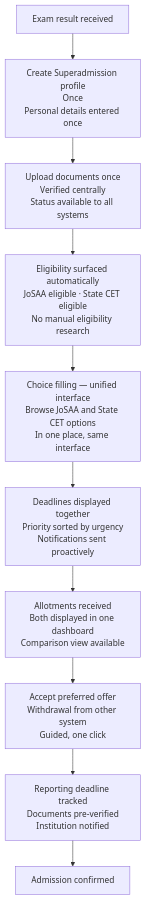
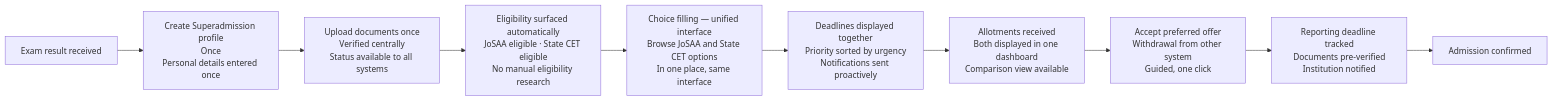
The second of 2 diagrams in blueprint/student-experience.mdx (aashrutsharma2/docs), drawn with Mermaid before and after one commit.

Commit message:
Updated mintlify pages
- Updated blueprint/student-experience.mdx

Mintlify-Source: dashboard-editor

````diff
--- a/blueprint/student-experience.mdx
+++ b/blueprint/student-experience.mdx
@@ -52,20 +52,20 @@
 ```mermaid
-flowchart TD
+flowchart LR
     R[Exam result received] --> A[Create Superadmission profile\nOnce\nPersonal details entered once]
     
     A --> B[Upload documents once\nVerified centrally\nStatus available to all systems]
     
     B --> C[Eligibility surfaced automatically\nJoSAA eligible · State CET eligible\nNo manual eligibility research]
     
     C --> D[Choice filling — unified interface\nBrowse JoSAA and State CET options\nIn one place, same interface]
     
     D --> E[Deadlines displayed together\nPriority sorted by urgency\nNotifications sent proactively]
     
     E --> F[Allotments received\nBoth displayed in one dashboard\nComparison view available]
     
     F --> G[Accept preferred offer\nWithdrawal from other system\nGuided, one click]
     
     G --> H[Reporting deadline tracked\nDocuments pre-verified\nInstitution notified]
     
     H --> I[Admission confirmed]
 ```
````
